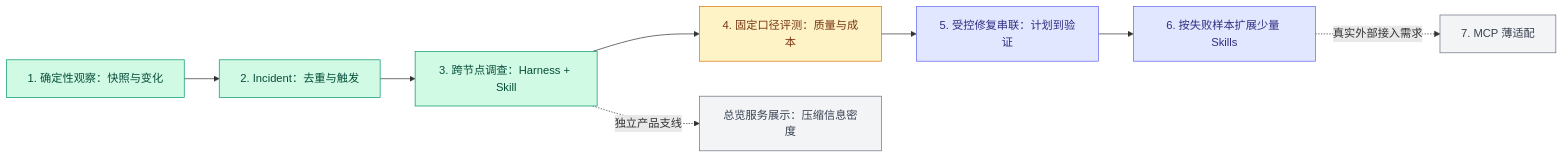
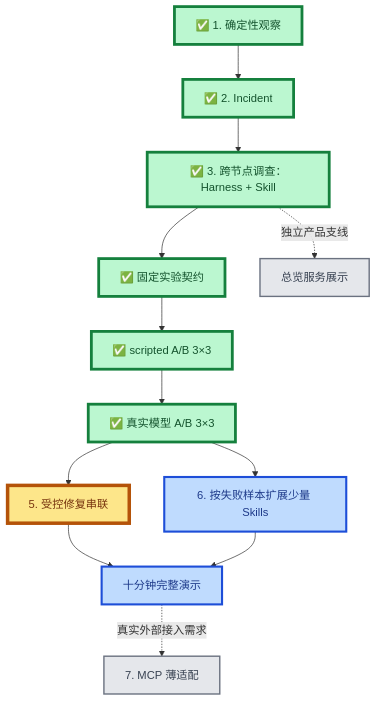
One commit to Sugarfarmeriod/TunnelMinion changed the first of 2 diagrams in docs/project/roadmap.md. Above: the diagram before and after it, drawn with Mermaid. The commit also changed other lines of this file and 23 other files, not shown here.

````diff
--- a/docs/project/roadmap.md
+++ b/docs/project/roadmap.md
@@ -8,20 +8,26 @@
 ```mermaid
-flowchart LR
-    A["1. 确定性观察：快照与变化"] --> B["2. Incident：去重与触发"]
-    B --> C["3. 跨节点调查：Harness + Skill"]
-    C --> D["4. 固定口径评测：质量与成本"]
-    D --> E["5. 受控修复串联：计划到验证"]
-    E --> F["6. 按失败样本扩展少量 Skills"]
-    F -.真实外部接入需求.-> G["7. MCP 薄适配"]
+flowchart TB
+    A["✅ 1. 确定性观察"] --> B["✅ 2. Incident"]
+    B --> C["✅ 3. 跨节点调查：Harness + Skill"]
 
-    C -.独立产品支线.-> U["总览服务展示：压缩信息密度"]
+    C --> D1["✅ 固定实验契约"]
+    D1 --> D2["✅ scripted A/B 3×3"]
+    D2 --> D3["✅ 真实模型 A/B 3×3"]
 
-    classDef done fill:#d1fae5,stroke:#059669,color:#064e3b;
-    classDef current fill:#fef3c7,stroke:#d97706,color:#78350f;
-    classDef next fill:#e0e7ff,stroke:#6366f1,color:#312e81;
-    classDef later fill:#f3f4f6,stroke:#6b7280,color:#374151;
-    class A,B,C done;
-    class D current;
-    class E,F next;
+    D3 --> E["5. 受控修复串联"]
+    D3 --> F["6. 按失败样本扩展少量 Skills"]
+    E --> H["十分钟完整演示"]
+    F --> H
+    H -.真实外部接入需求.-> G["7. MCP 薄适配"]
+
+    C -.独立产品支线.-> U["总览服务展示"]
+
+    classDef done fill:#bbf7d0,stroke:#15803d,stroke-width:4px,color:#14532d;
+    classDef current fill:#fde68a,stroke:#b45309,stroke-width:5px,color:#78350f;
+    classDef next fill:#bfdbfe,stroke:#1d4ed8,stroke-width:3px,color:#1e3a8a;
+    classDef later fill:#e5e7eb,stroke:#6b7280,stroke-width:2px,color:#374151;
+    class A,B,C,D1,D2,D3 done;
+    class E current;
+    class F,H next;
     class G,U later;
 ```
````
